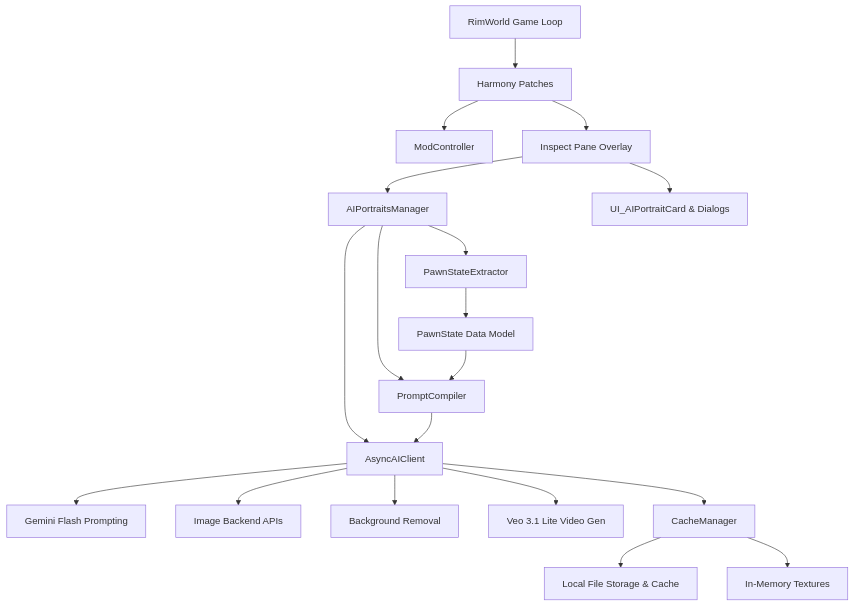
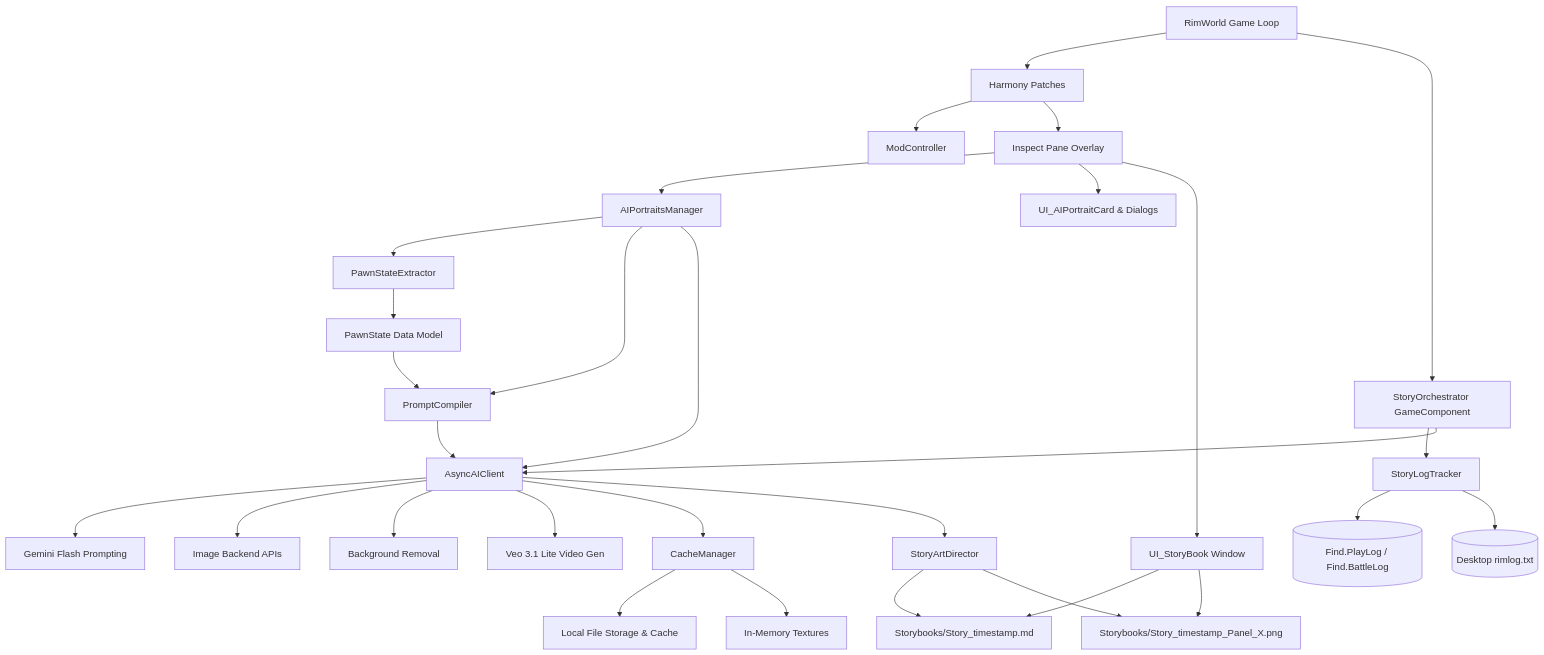
The diagram in DEVELOPER.md (SIK-ai/rimworld-dynamic-ai-portraits), drawn with Mermaid before and after one commit. The commit also changed other lines of this file and 11 other files, not shown here.

Commit message:
feat: complete Story Engine integration, dynamic illustrated reader window, and documentation updates

````diff
--- a/DEVELOPER.md
+++ b/DEVELOPER.md
@@ -11,27 +11,42 @@
 ```mermaid
 graph TD
     RimWorld[RimWorld Game Loop] --> Harmony[Harmony Patches]
     Harmony --> ModController[ModController]
     Harmony --> UIOverlay[Inspect Pane Overlay]
     
     UIOverlay --> AIPortraitsManager[AIPortraitsManager]
     AIPortraitsManager --> PawnStateExtractor[PawnStateExtractor]
     PawnStateExtractor --> PawnState[PawnState Data Model]
     
     AIPortraitsManager --> PromptCompiler[PromptCompiler]
     PawnState --> PromptCompiler
     
     AIPortraitsManager --> AsyncAIClient[AsyncAIClient]
     PromptCompiler --> AsyncAIClient
     
     AsyncAIClient --> GeminiFlash[Gemini Flash Prompting]
     AsyncAIClient --> ImageGeneration[Image Backend APIs]
     AsyncAIClient --> BackgroundRemover[Background Removal]
     AsyncAIClient --> GoogleVeo[Veo 3.1 Lite Video Gen]
     
     AsyncAIClient --> CacheManager[CacheManager]
     CacheManager --> Disk[Local File Storage & Cache]
     CacheManager --> Memory[In-Memory Textures]
     
     UIOverlay --> UI[UI_AIPortraitCard & Dialogs]
+    
+    %% Story Engine Flow
+    RimWorld --> StoryOrchestrator[StoryOrchestrator GameComponent]
+    StoryOrchestrator --> StoryLogTracker[StoryLogTracker]
+    StoryLogTracker --> nativeLogs[(Find.PlayLog / Find.BattleLog)]
+    StoryLogTracker --> externalLogs[(Desktop rimlog.txt)]
+    
+    StoryOrchestrator --> AsyncAIClient
+    AsyncAIClient --> StoryArtDirector[StoryArtDirector]
+    StoryArtDirector --> StoryMD[Storybooks/Story_timestamp.md]
+    StoryArtDirector --> ComicImg[Storybooks/Story_timestamp_Panel_X.png]
+    
+    UIOverlay --> UI_StoryBook[UI_StoryBook Window]
+    UI_StoryBook --> StoryMD
+    UI_StoryBook --> ComicImg
 ```
````
